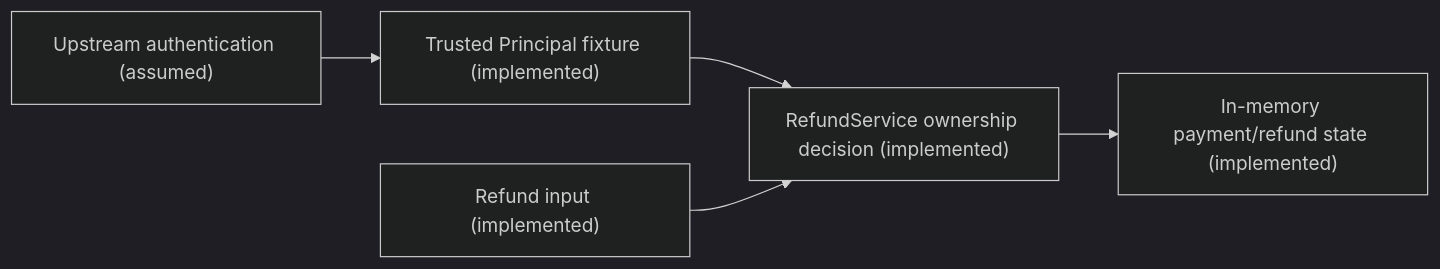
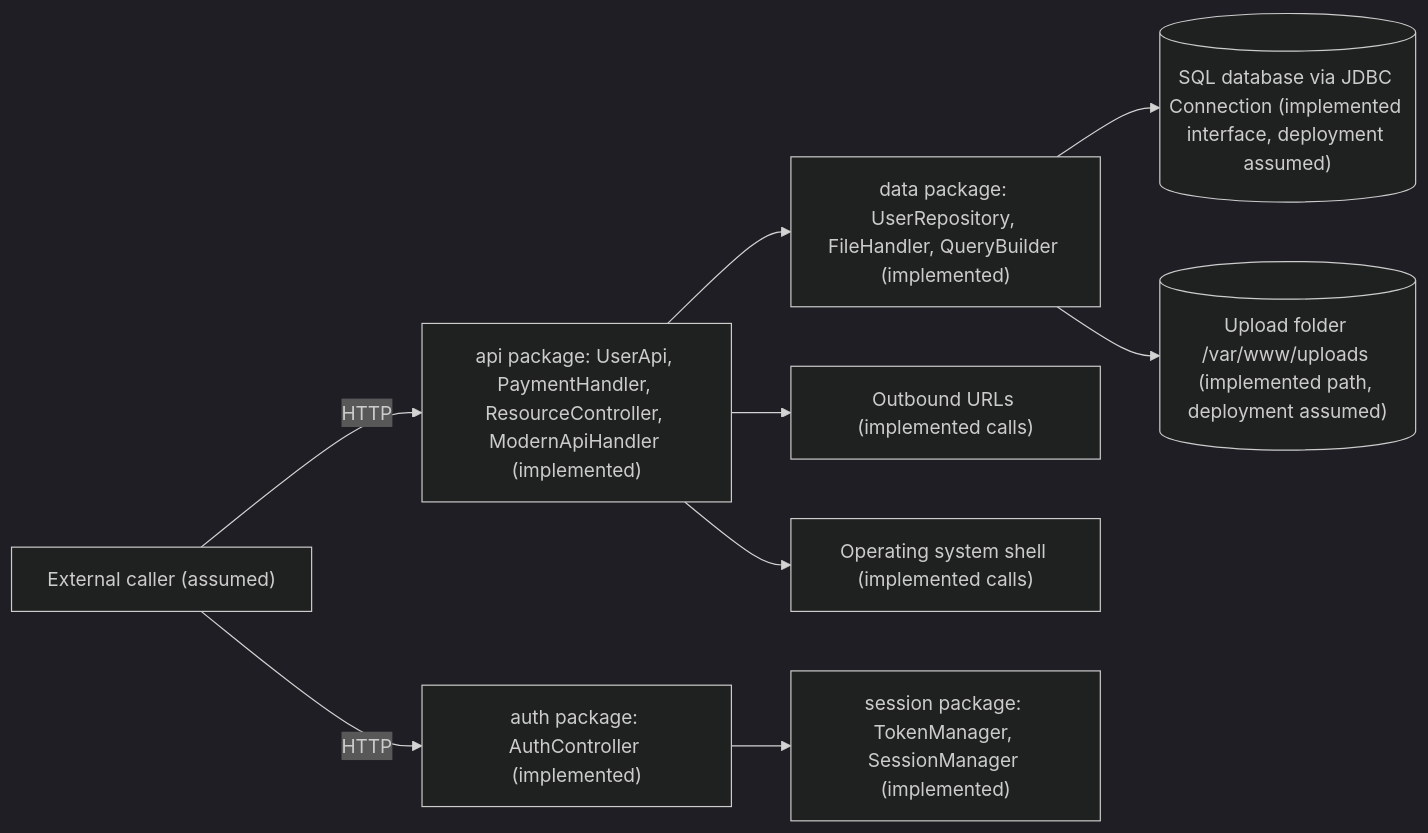
One commit to ArulaAI/copilot-engineering-secure-software-lab-java changed the diagram in reference/threat-model.md. Above: the diagram before and after it, drawn with Mermaid (dark theme). The commit also changed other lines of this file and 79 other files, not shown here.

````diff
--- a/reference/threat-model.md
+++ b/reference/threat-model.md
@@ -5,7 +7,11 @@
 ```mermaid
 flowchart LR
-    identity["Upstream authentication (assumed)"] --> principal["Trusted Principal fixture (implemented)"]
-    principal --> service["RefundService ownership decision (implemented)"]
-    caller["Refund input (implemented)"] --> service
-    service --> state["In-memory payment/refund state (implemented)"]
+    client["External caller (assumed)"] -->|HTTP| api["api package: UserApi, PaymentHandler, ResourceController, ModernApiHandler (implemented)"]
+    client -->|HTTP| auth["auth package: AuthController (implemented)"]
+    api --> data["data package: UserRepository, FileHandler, QueryBuilder (implemented)"]
+    auth --> session["session package: TokenManager, SessionManager (implemented)"]
+    data --> db[("SQL database via JDBC Connection (implemented interface, deployment assumed)")]
+    data --> fs[("Upload folder /var/www/uploads (implemented path, deployment assumed)")]
+    api --> net["Outbound URLs (implemented calls)"]
+    api --> sh["Operating system shell (implemented calls)"]
 ```
````
